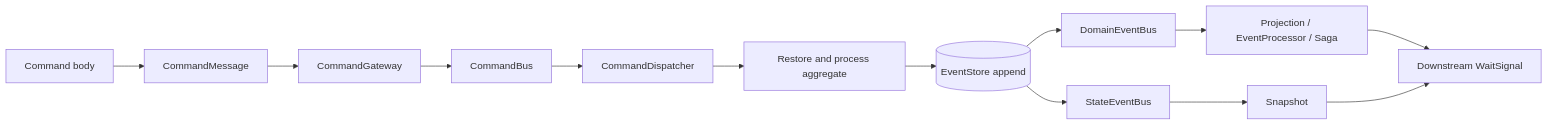
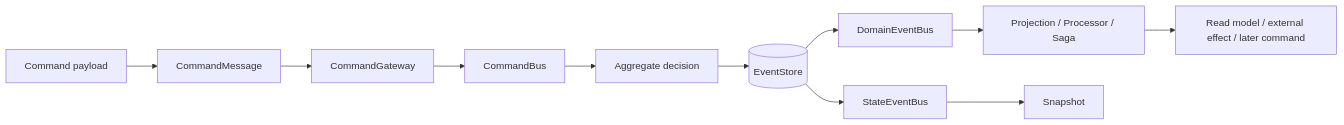
Before and after one commit to Ahoo-Wang/Wow: the diagram in documentation/docs/en/guide/advanced/data-flow.md, drawn with Mermaid. The commit also changed other lines of this file and 111 other files, not shown here.

Commit message:
docs: reorganize domain command and event guides (#3082)

````diff
--- a/documentation/docs/en/guide/advanced/data-flow.md
+++ b/documentation/docs/en/guide/advanced/data-flow.md
@@ -13,15 +13,13 @@
 ```mermaid
 flowchart LR
-    Input[Command body] --> Message[CommandMessage]
+    Input[Command payload] --> Message[CommandMessage]
     Message --> Gateway[CommandGateway]
     Gateway --> CommandBus[CommandBus]
-    CommandBus --> Dispatcher[CommandDispatcher]
-    Dispatcher --> Aggregate[Restore and process aggregate]
-    Aggregate --> Store[(EventStore append)]
+    CommandBus --> Aggregate[Aggregate decision]
+    Aggregate --> Store[(EventStore)]
     Store --> DomainBus[DomainEventBus]
     Store --> StateBus[StateEventBus]
-    DomainBus --> Consumers[Projection / EventProcessor / Saga]
+    DomainBus --> Consumers[Projection / Processor / Saga]
     StateBus --> Snapshot[Snapshot]
-    Consumers --> Signals[Downstream WaitSignal]
-    Snapshot --> Signals
+    Consumers --> Query[Read model / external effect / later command]
 ```
````
